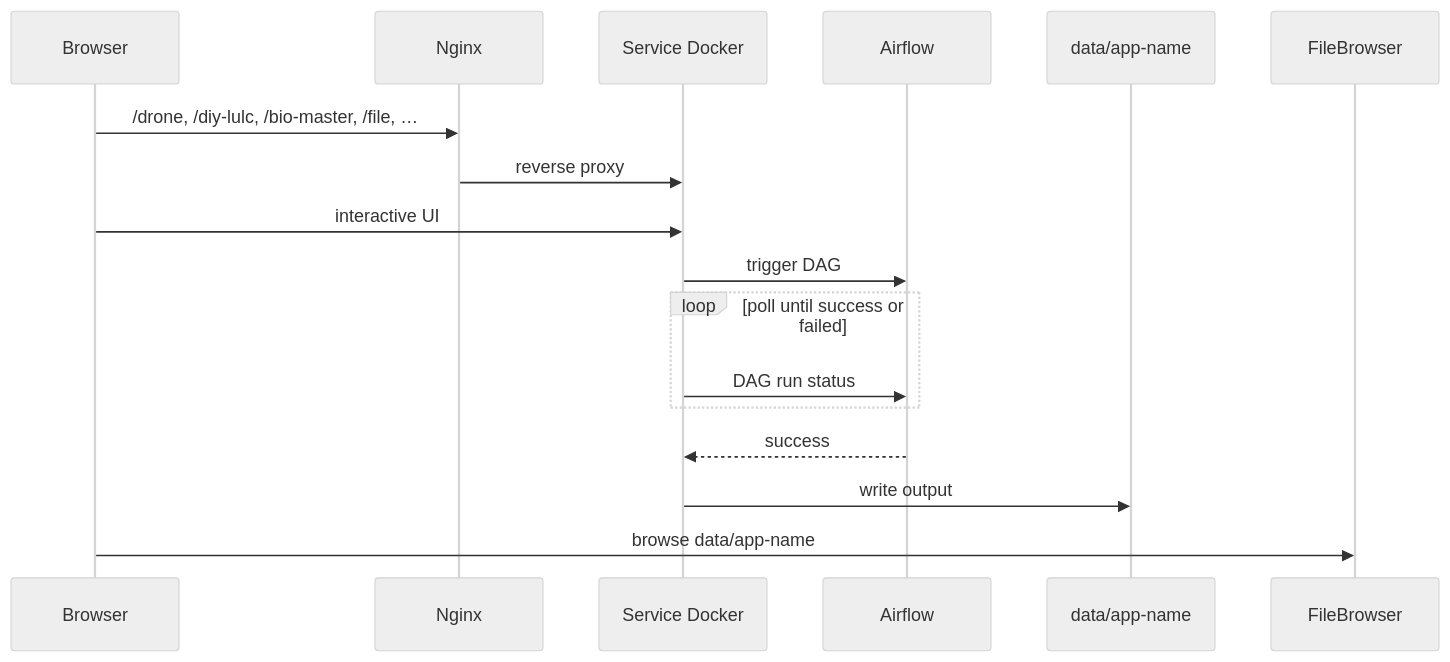
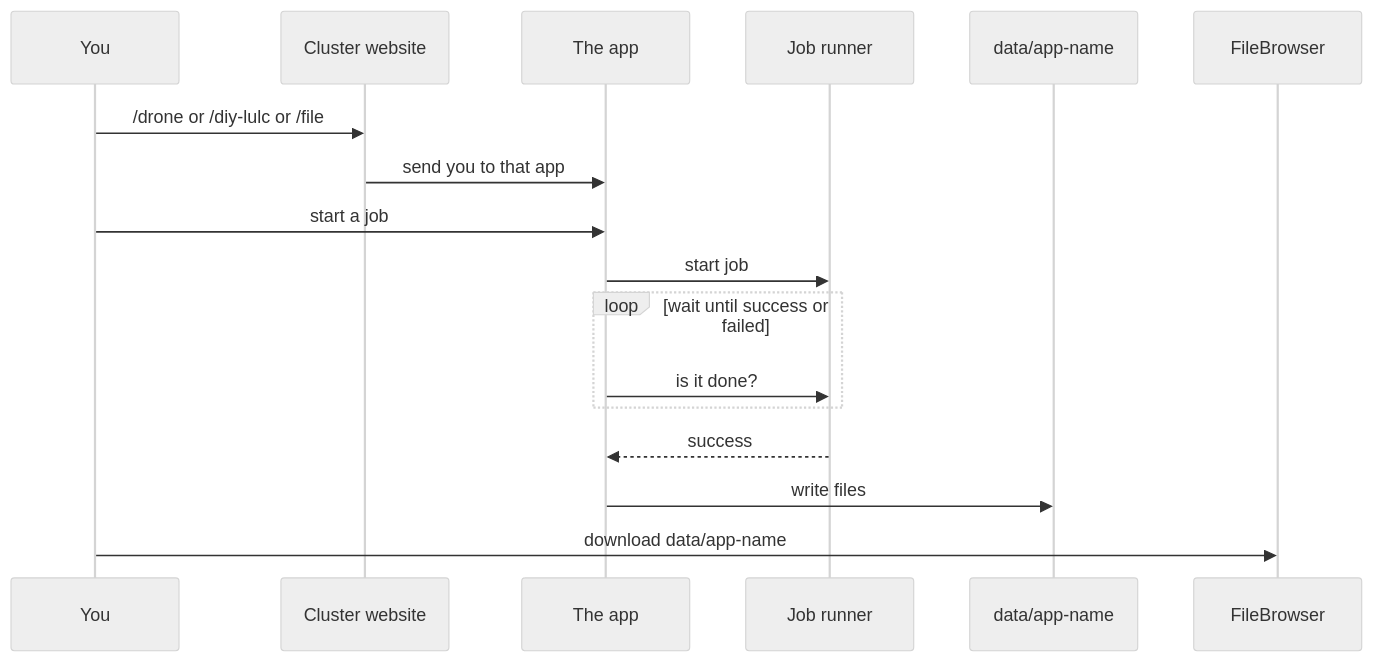
The second of 2 diagrams in docs/infra/tower-services/deployed-architecture.md (core-stack-org/core-stack-docs), drawn with Mermaid (neutral theme) before and after one commit. The commit also changed other lines of this file and 11 other files, not shown here.

First line of the commit message:
Document Tower Services as a shared deploy cluster and simplify Docker/Airflow how-tos.

````diff
--- a/docs/infra/tower-services/deployed-architecture.md
+++ b/docs/infra/tower-services/deployed-architecture.md
@@ -31,19 +51,19 @@
 ```mermaid
 sequenceDiagram
-  participant Browser
-  participant Nginx
-  participant Service as Service Docker
-  participant Airflow as Airflow
+  participant You
+  participant Website as Cluster website
+  participant App as The app
+  participant Airflow as Job runner
   participant Data as data/app-name
   participant FB as FileBrowser
-  Browser->>Nginx: /drone, /diy-lulc, /bio-master, /file, …
-  Nginx->>Service: reverse proxy
-  Browser->>Service: interactive UI
-  Service->>Airflow: trigger DAG
-  loop poll until success or failed
-    Service->>Airflow: DAG run status
+  You->>Website: /drone or /diy-lulc or /file
+  Website->>App: send you to that app
+  You->>App: start a job
+  App->>Airflow: start job
+  loop wait until success or failed
+    App->>Airflow: is it done?
   end
-  Airflow-->>Service: success
-  Service->>Data: write output
-  Browser->>FB: browse data/app-name
+  Airflow-->>App: success
+  App->>Data: write files
+  You->>FB: download data/app-name
 ```
````
